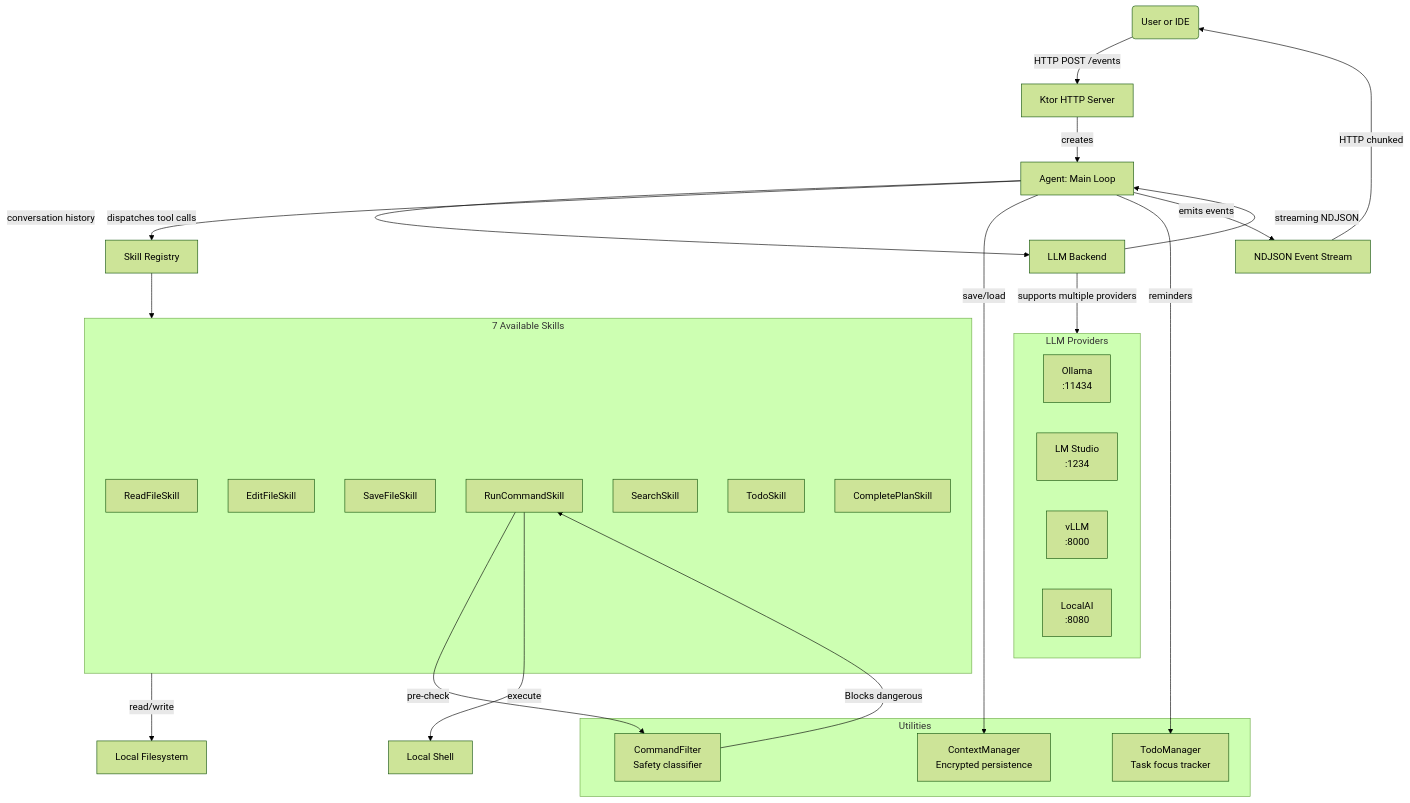
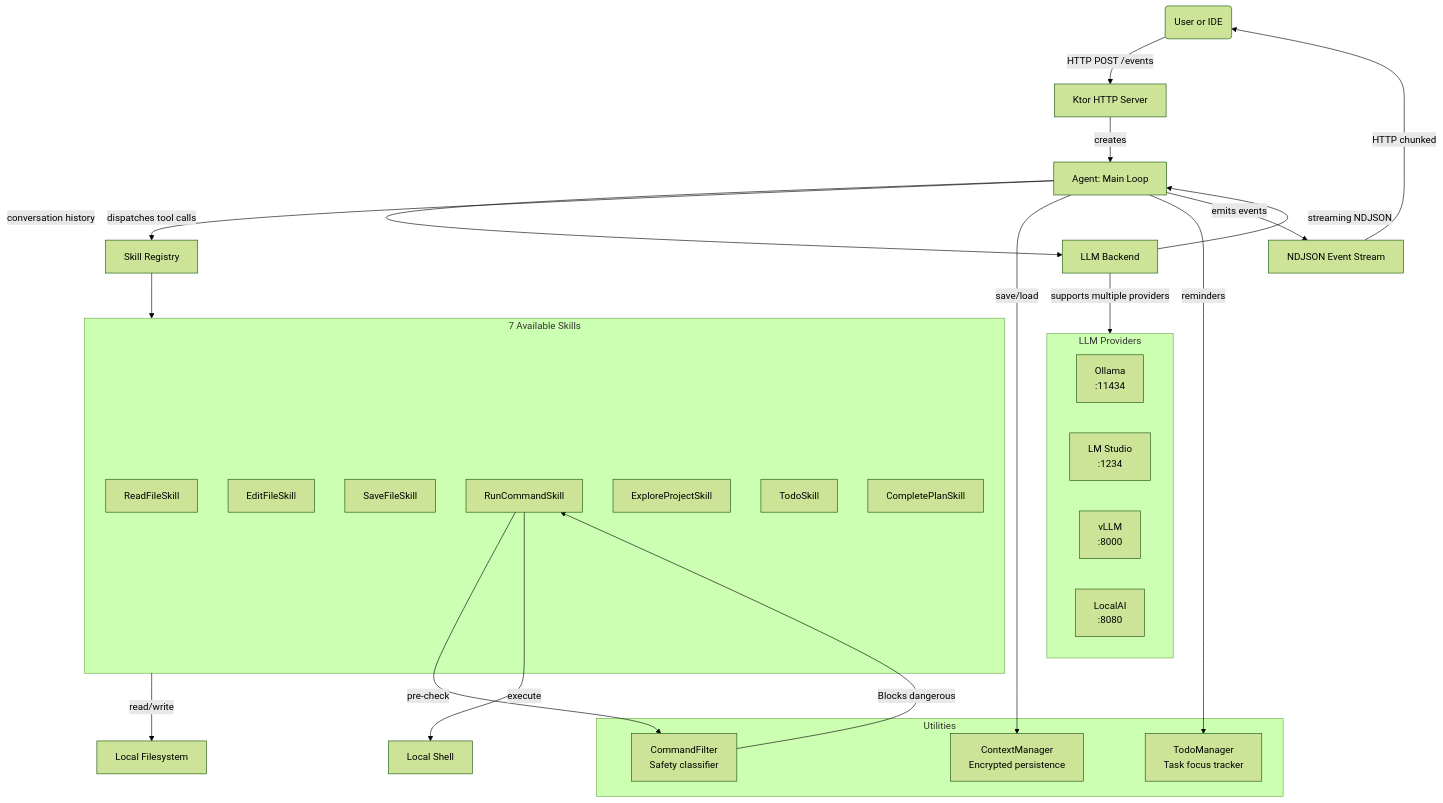
One commit to lg841226/Gradum changed the diagram in README.md. Above: the diagram before and after it, drawn with Mermaid (forest theme). The commit also changed other lines of this file and 8 other files, not shown here.

First line of the commit message:
refactor: remove SearchSkill, update tool call UI and docs

````diff
--- a/README.md
+++ b/README.md
@@ -21,47 +21,47 @@
 ```mermaid
 flowchart TB
     User(User or IDE) -->|HTTP POST /events| Server[Ktor HTTP Server]
     Server -->|creates| Agent[Agent: Main Loop]
 
     Agent -->|conversation history| LLM[LLM Backend]
     Agent -->|dispatches tool calls| SkillReg[Skill Registry]
     LLM -->|streaming NDJSON| Agent
     LLM -->|supports multiple providers| Providers
 
     subgraph Providers[LLM Providers]
         P1[Ollama<br/>:11434]
         P2[LM Studio<br/>:1234]
         P3[vLLM<br/>:8000]
         P4[LocalAI<br/>:8080]
     end
 
     subgraph Skills[7 Available Skills]
         S1[ReadFileSkill]
         S2[EditFileSkill]
         S3[SaveFileSkill]
         S4[RunCommandSkill]
-        S5[SearchSkill]
+        S5[ExploreProjectSkill]
         S6[TodoSkill]
         S7[CompletePlanSkill]
     end
 
     subgraph Utilities
         CF[CommandFilter<br/>Safety classifier]
         CTX[ContextManager<br/>Encrypted persistence]
         TODO[TodoManager<br/>Task focus tracker]
     end
 
     SkillReg --> Skills
 
     S4 -->|pre-check| CF
     CF -->|Blocks dangerous| S4
 
     Agent -->|save/load| CTX
     Agent -->|reminders| TODO
 
     Skills -->|read/write| Files[Local Filesystem]
     S4 -->|execute| Shell[Local Shell]
 
     Agent -->|emits events| Stream[NDJSON Event Stream]
     Stream -->|HTTP chunked| User
 ```
````
